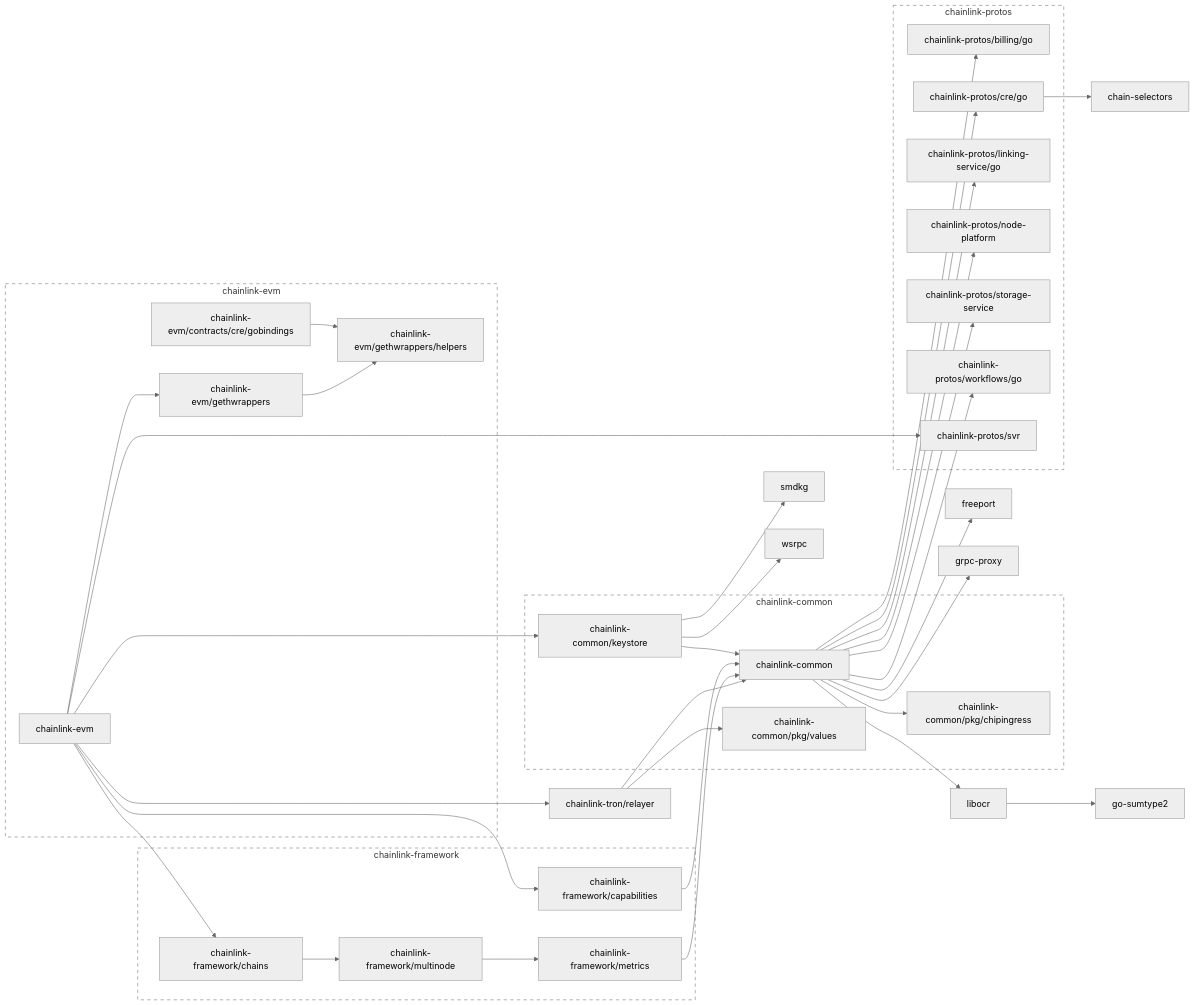
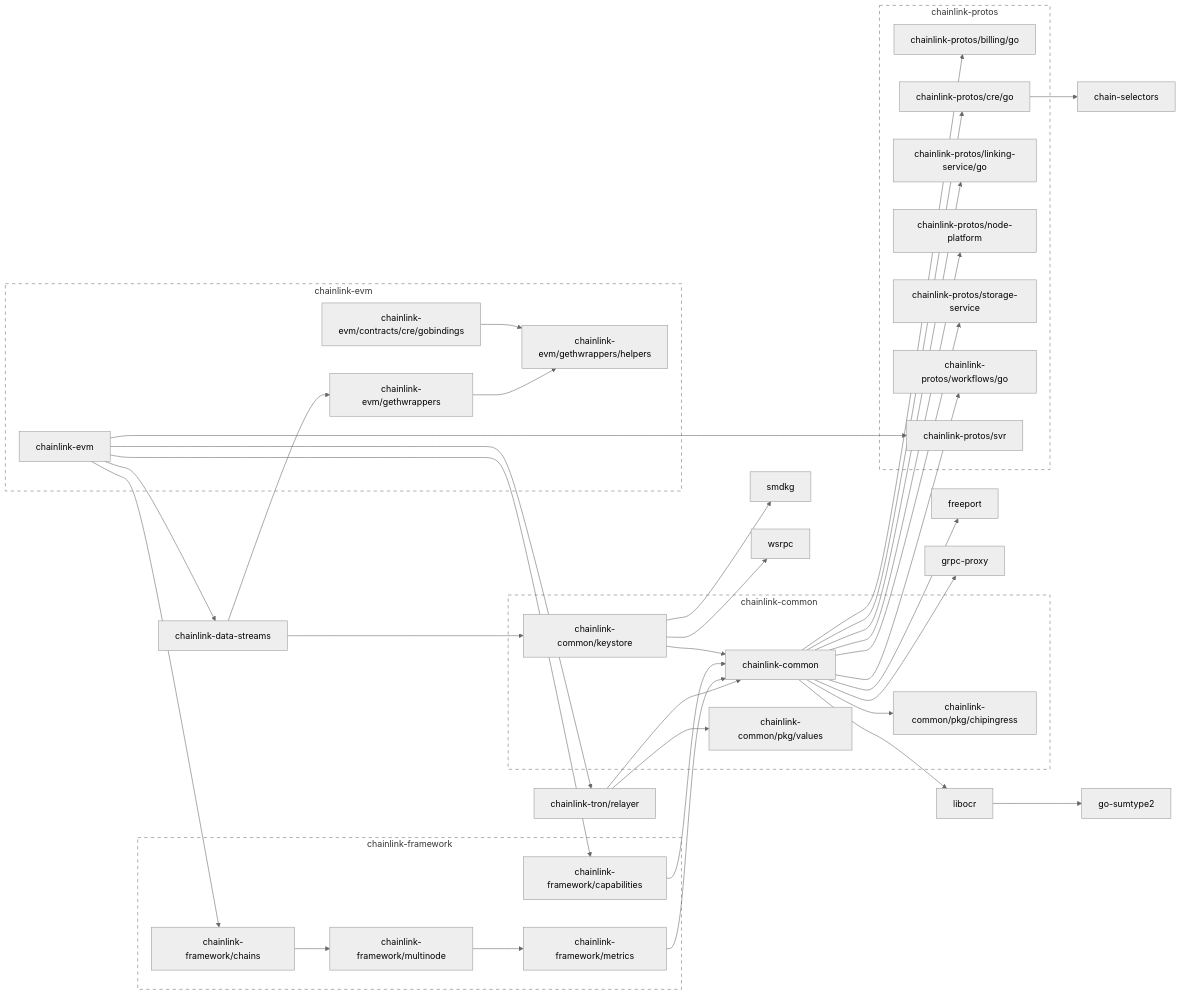
One commit to smartcontractkit/chainlink-evm changed the diagram in go.md. Above: the diagram before and after it, drawn with Mermaid (neutral theme). The commit also changed 9 other files, not shown here.

```diff
--- a/go.md
+++ b/go.md
@@ -23,8 +23,10 @@
 	click chainlink-common/pkg/chipingress href "https://github.com/smartcontractkit/chainlink-common"
 	chainlink-common/pkg/values
 	click chainlink-common/pkg/values href "https://github.com/smartcontractkit/chainlink-common"
-	chainlink-evm --> chainlink-common/keystore
-	chainlink-evm --> chainlink-evm/gethwrappers
+	chainlink-data-streams --> chainlink-common/keystore
+	chainlink-data-streams --> chainlink-evm/gethwrappers
+	click chainlink-data-streams href "https://github.com/smartcontractkit/chainlink-data-streams"
+	chainlink-evm --> chainlink-data-streams
 	chainlink-evm --> chainlink-framework/capabilities
 	chainlink-evm --> chainlink-framework/chains
 	chainlink-evm --> chainlink-protos/svr
```
